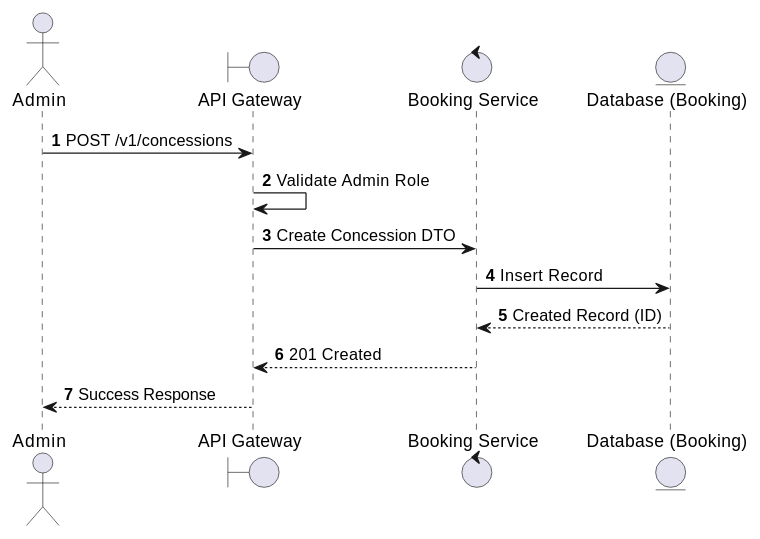
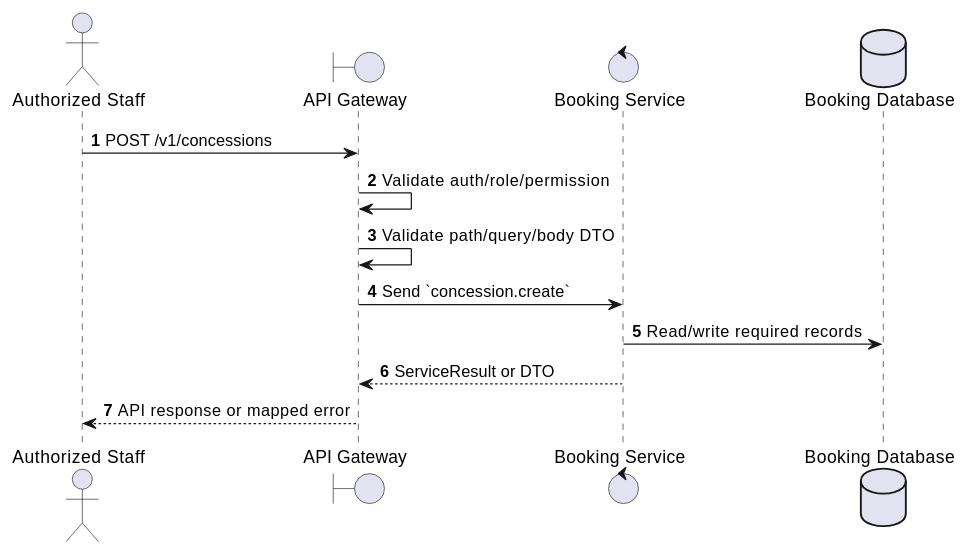
One commit to Tanh1603/movie-hub-architecture changed the first of 2 diagrams in docs/functional_specs/3.9_Concessions_FB_Module/CS-03_Create_Concession.md. Above: the diagram before and after it, drawn with PlantUML. The commit also changed other lines of this file and 126 other files, not shown here.

````diff
--- a/docs/functional_specs/3.9_Concessions_FB_Module/CS-03_Create_Concession.md
+++ b/docs/functional_specs/3.9_Concessions_FB_Module/CS-03_Create_Concession.md
@@ -17,17 +17,17 @@
 ```plantuml
 @startuml
 autonumber
-actor Admin
+actor "Authorized Staff" as Actor
 boundary "API Gateway" as GW
-control "Booking Service" as BS
-entity "Database (Booking)" as DB
+control "Booking Service" as SVC
+database "Booking Database" as DB
 
-Admin -> GW: POST /v1/concessions
-GW -> GW: Validate Admin Role
-GW -> BS: Create Concession DTO
-BS -> DB: Insert Record
-DB --> BS: Created Record (ID)
-BS --> GW: 201 Created
-GW --> Admin: Success Response
+Actor -> GW: POST /v1/concessions
+GW -> GW: Validate auth/role/permission
+GW -> GW: Validate path/query/body DTO
+GW -> SVC: Send `concession.create`
+SVC -> DB: Read/write required records
+SVC --> GW: ServiceResult or DTO
+GW --> Actor: API response or mapped error
 @enduml
 ```
````
